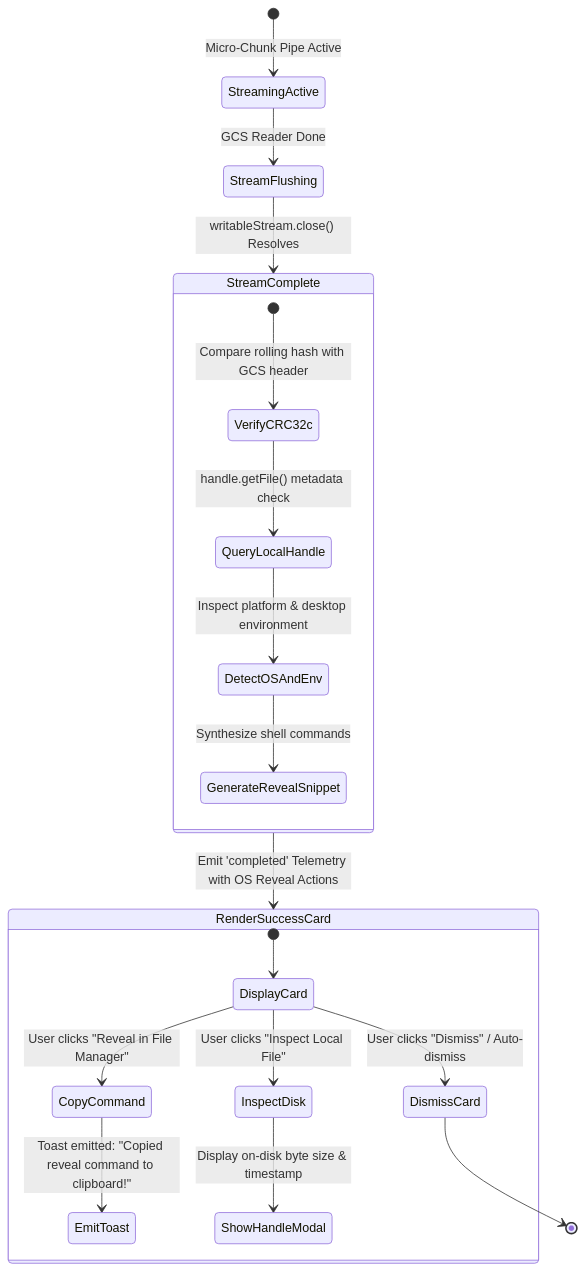
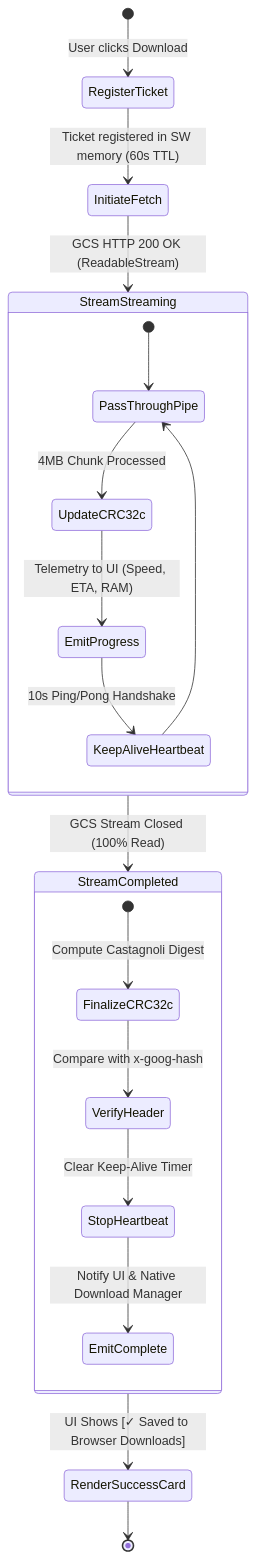
One commit to NovaLogicDev/FilesOfBaSingSe changed the second of 3 diagrams in docs/requirements/module_12_os_filesystem_feedback_and_reveal_integration.md. Above: the diagram before and after it, drawn with Mermaid. The commit also changed other lines of this file and 9 other files, not shown here.

Commit message:
docs: converge on resilient service worker streaming architecture and native browser download integration

````diff
--- a/docs/requirements/module_12_os_filesystem_feedback_and_reveal_integration.md
+++ b/docs/requirements/module_12_os_filesystem_feedback_and_reveal_integration.md
@@ -133,27 +101,27 @@
 ```mermaid
 stateDiagram-v2
-    [*] --> StreamingActive: Micro-Chunk Pipe Active
-    StreamingActive --> StreamFlushing: GCS Reader Done
+    [*] --> RegisterTicket: User clicks Download
+    RegisterTicket --> InitiateFetch: Ticket registered in SW memory (60s TTL)
     
-    StreamFlushing --> StreamComplete: writableStream.close() Resolves
+    InitiateFetch --> StreamStreaming: GCS HTTP 200 OK (ReadableStream)
     
-    state StreamComplete {
-        [*] --> VerifyCRC32c: Compare rolling hash with GCS header
-        VerifyCRC32c --> QueryLocalHandle: handle.getFile() metadata check
-        QueryLocalHandle --> DetectOSAndEnv: Inspect platform & desktop environment
-        DetectOSAndEnv --> GenerateRevealSnippet: Synthesize shell commands
+    state StreamStreaming {
+        [*] --> PassThroughPipe
+        PassThroughPipe --> UpdateCRC32c: 4MB Chunk Processed
+        UpdateCRC32c --> EmitProgress: Telemetry to UI (Speed, ETA, RAM)
+        EmitProgress --> KeepAliveHeartbeat: 10s Ping/Pong Handshake
+        KeepAliveHeartbeat --> PassThroughPipe
     }
     
-    StreamComplete --> RenderSuccessCard: Emit 'completed' Telemetry with OS Reveal Actions
+    StreamStreaming --> StreamCompleted: GCS Stream Closed (100% Read)
     
-    state RenderSuccessCard {
-        [*] --> DisplayCard
-        DisplayCard --> CopyCommand: User clicks "Reveal in File Manager"
-        CopyCommand --> EmitToast: Toast emitted: "Copied reveal command to clipboard!"
-        DisplayCard --> InspectDisk: User clicks "Inspect Local File"
-        InspectDisk --> ShowHandleModal: Display on-disk byte size & timestamp
-        DisplayCard --> DismissCard: User clicks "Dismiss" / Auto-dismiss
+    state StreamCompleted {
+        [*] --> FinalizeCRC32c: Compute Castagnoli Digest
+        FinalizeCRC32c --> VerifyHeader: Compare with x-goog-hash
+        VerifyHeader --> StopHeartbeat: Clear Keep-Alive Timer
+        StopHeartbeat --> EmitComplete: Notify UI & Native Download Manager
     }
     
-    DismissCard --> [*]
+    StreamCompleted --> RenderSuccessCard: UI Shows [✓ Saved to Browser Downloads]
+    RenderSuccessCard --> [*]
 ```
````
